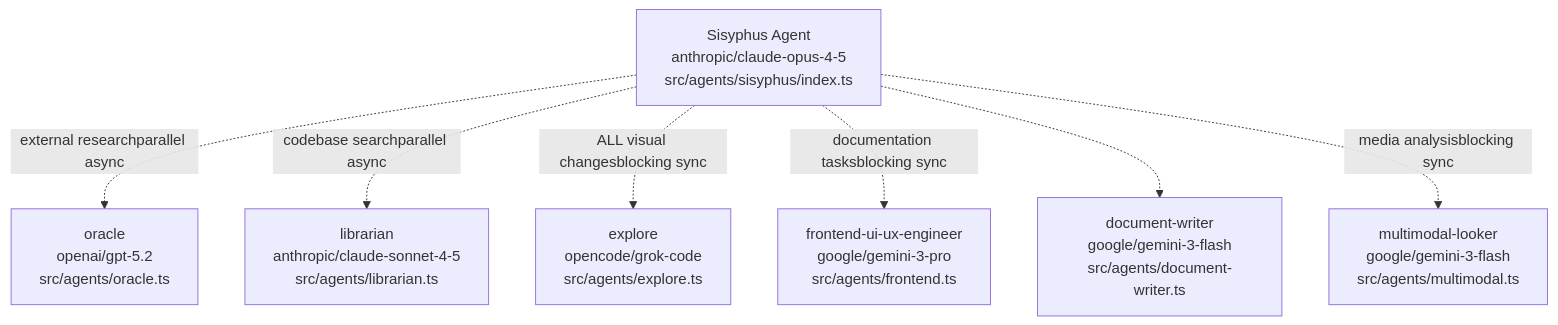
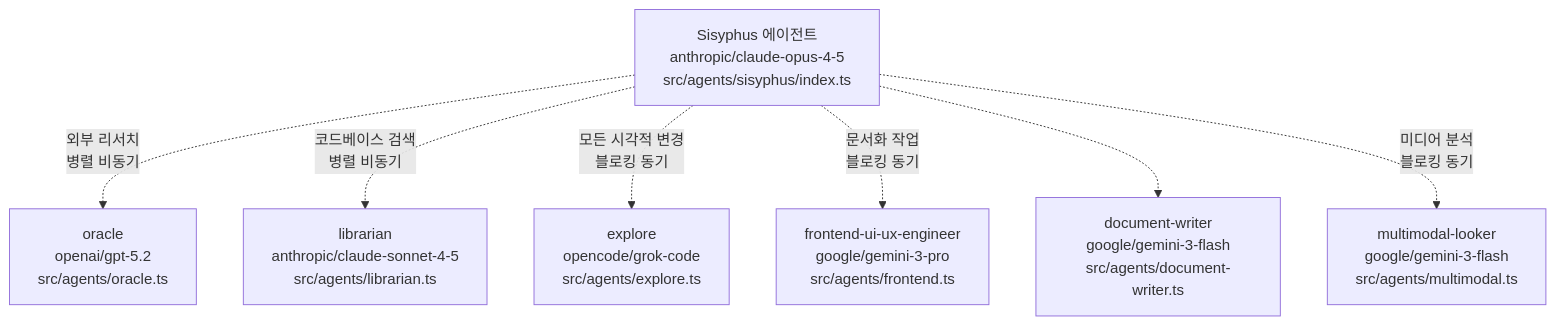
The third of 14 diagrams in docs/index.md (felipetruman/oh-my-opencode-docs), drawn with Mermaid before and after one commit. The commit also changed other lines of this file and 76 other files, not shown here.

````diff
--- a/docs/index.md
+++ b/docs/index.md
@@ -191,18 +183,18 @@
 ```mermaid
 flowchart TD
 
-Sisyphus["Sisyphus Agent<br>anthropic/claude-opus-4-5<br>src/agents/sisyphus/index.ts"]
+Sisyphus["Sisyphus 에이전트<br>anthropic/claude-opus-4-5<br>src/agents/sisyphus/index.ts"]
 Oracle["oracle<br>openai/gpt-5.2<br>src/agents/oracle.ts"]
 Librarian["librarian<br>anthropic/claude-sonnet-4-5<br>src/agents/librarian.ts"]
 Explore["explore<br>opencode/grok-code<br>src/agents/explore.ts"]
 Frontend["frontend-ui-ux-engineer<br>google/gemini-3-pro<br>src/agents/frontend.ts"]
 DocWriter["document-writer<br>google/gemini-3-flash<br>src/agents/document-writer.ts"]
 Multimodal["multimodal-looker<br>google/gemini-3-flash<br>src/agents/multimodal.ts"]
 
-Sisyphus -.->|"external researchparallel async"| Oracle
-Sisyphus -.->|"codebase searchparallel async"| Librarian
-Sisyphus -.->|"ALL visual changesblocking sync"| Explore
-Sisyphus -.->|"documentation tasksblocking sync"| Frontend
+Sisyphus -.->|"외부 리서치<br>병렬 비동기"| Oracle
+Sisyphus -.->|"코드베이스 검색<br>병렬 비동기"| Librarian
+Sisyphus -.->|"모든 시각적 변경<br>블로킹 동기"| Explore
+Sisyphus -.->|"문서화 작업<br>블로킹 동기"| Frontend
 Sisyphus -.-> DocWriter
-Sisyphus -.->|"media analysisblocking sync"| Multimodal
+Sisyphus -.->|"미디어 분석<br>블로킹 동기"| Multimodal
 ```
````
